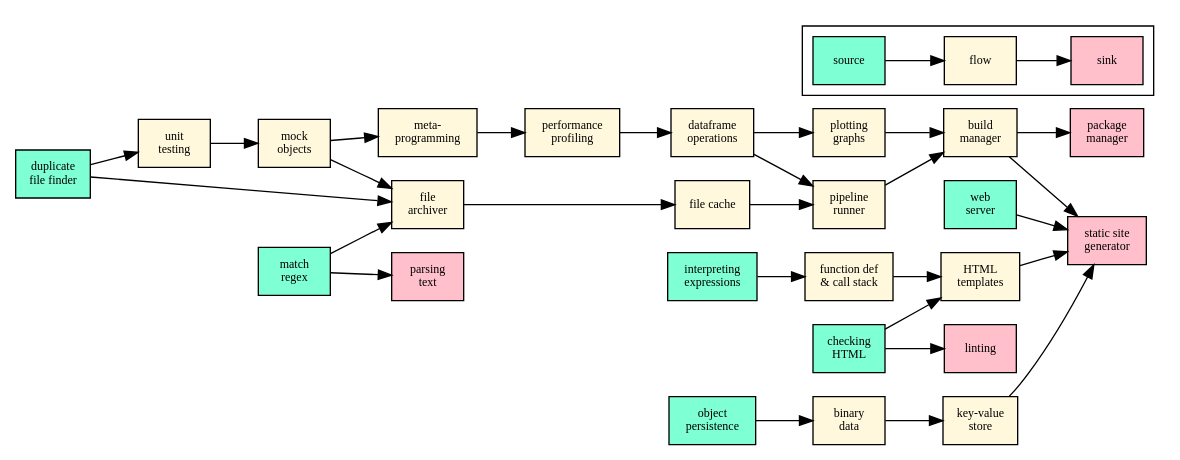
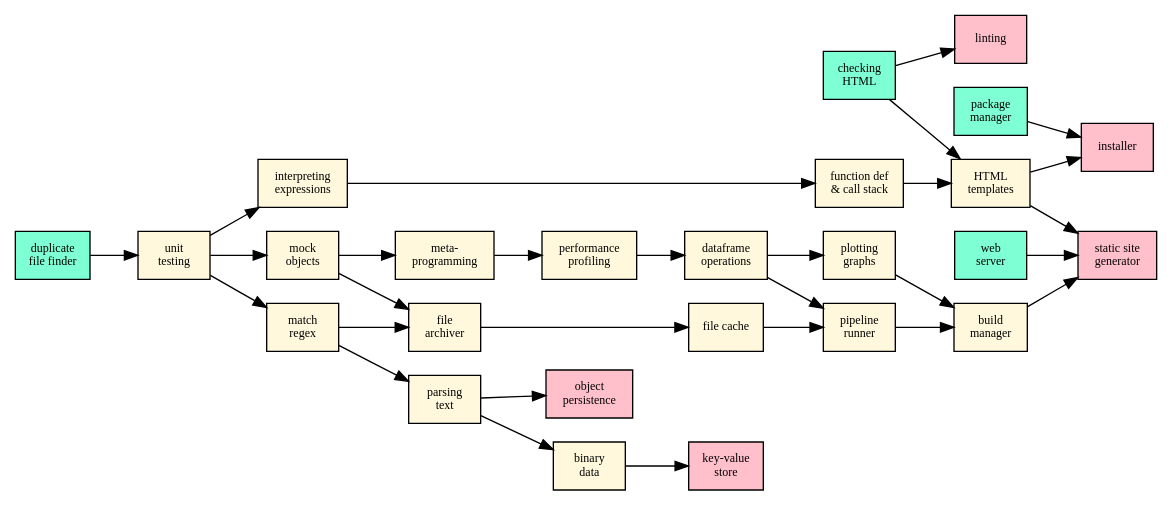
One commit to gvwilson/sdxpy changed the diagram in src/intro/syllabus.dot. Above: the diagram before and after it, drawn with Graphviz. The commit also changed 41 other files, not shown here.

Commit message:
Show how to install a package

```diff
--- a/src/intro/syllabus.dot
+++ b/src/intro/syllabus.dot
@@ -1,58 +1,62 @@
 digraph syllabus {
   node [fontname = Verdana, fontsize = 9, shape = box, style = filled];
   rankdir = RL;
   edge [dir = "back"];
 
-  subgraph syllabus {
-    archive [label = "file\narchiver", fillcolor = cornsilk];
-    binary [label = "binary\ndata", fillcolor = cornsilk];
-    build [label = "build\nmanager", fillcolor = cornsilk];
-    cache [label = "file cache", fillcolor = cornsilk];
-    check [label = "checking\nHTML", fillcolor = aquamarine];
-    db [label = "key-value\nstore", fillcolor = cornsilk];
-    df [label = "dataframe\noperations", fillcolor = cornsilk];
-    dup [label = "duplicate\nfile finder", fillcolor = aquamarine];
-    func [label = "function def\n& call stack", fillcolor = cornsilk];
-    interp [label = "interpreting\nexpressions", fillcolor = aquamarine];
-    lint [label = "linting", fillcolor = pink];
-    meta [label = "meta-\nprogramming", fillcolor = cornsilk];
-    mock [label = "mock\nobjects", fillcolor = cornsilk];
-    pack [label = "package\nmanager", fillcolor = pink];
-    parse [label = "parsing\ntext", fillcolor = pink];
-    perf [label = "performance\nprofiling", fillcolor = cornsilk];
-    persist [label = "object\npersistence", fillcolor = aquamarine];
-    pipe [label = "pipeline\nrunner", fillcolor = cornsilk];
-    plot [label = "plotting\ngraphs", fillcolor = cornsilk];
-    re [label = "match\nregex", fillcolor = aquamarine];
-    server [label = "web\nserver", fillcolor = aquamarine];
-    ssg [label = "static site\ngenerator", fillcolor = pink];
-    template [label = "HTML\ntemplates", fillcolor = cornsilk];
-    test [label = "unit\ntesting", fillcolor = cornsilk];
+  archive [label = "file\narchiver", fillcolor = cornsilk];
+  binary [label = "binary\ndata", fillcolor = cornsilk];
+  build [label = "build\nmanager", fillcolor = cornsilk];
+  cache [label = "file cache", fillcolor = cornsilk];
+  check [label = "checking\nHTML", fillcolor = aquamarine];
+  db [label = "key-value\nstore", fillcolor = pink];
+  df [label = "dataframe\noperations", fillcolor = cornsilk];
+  dup [label = "duplicate\nfile finder", fillcolor = aquamarine];
+  func [label = "function def\n& call stack", fillcolor = cornsilk];
+  install [label = "installer", fillcolor = pink];
+  interp [label = "interpreting\nexpressions", fillcolor = cornsilk];
+  lint [label = "linting", fillcolor = pink];
+  meta [label = "meta-\nprogramming", fillcolor = cornsilk];
+  mock [label = "mock\nobjects", fillcolor = cornsilk];
+  pack [label = "package\nmanager", fillcolor = aquamarine];
+  parse [label = "parsing\ntext", fillcolor = cornsilk];
+  perf [label = "performance\nprofiling", fillcolor = cornsilk];
+  persist [label = "object\npersistence", fillcolor = pink];
+  pipe [label = "pipeline\nrunner", fillcolor = cornsilk];
+  plot [label = "plotting\ngraphs", fillcolor = cornsilk];
+  re [label = "match\nregex", fillcolor = cornsilk];
+  server [label = "web\nserver", fillcolor = aquamarine];
+  ssg [label = "static site\ngenerator", fillcolor = pink];
+  template [label = "HTML\ntemplates", fillcolor = cornsilk];
+  test [label = "unit\ntesting", fillcolor = cornsilk];
 
-    archive -> {dup, mock, re};
-    binary -> {persist};
-    build -> {pipe, plot};
-    cache -> {archive};
-    db -> {binary};
-    df -> {perf};
-    func -> {interp};
-    lint -> {check};
-    meta -> {mock};
-    mock -> {test};
-    pack -> {build};
-    parse -> {re};
-    perf -> {meta};
-    pipe -> {cache, df};
-    plot -> {df};
-    ssg -> {build, db, server, template}
-    template -> {check, func};
-    test -> {dup};
-  }
+  archive -> {mock, re};
+  binary -> {parse};
+  build -> {pipe, plot};
+  cache -> {archive};
+  db -> {binary};
+  df -> {perf};
+  func -> {interp};
+  install -> {template, pack};
+  interp -> {test};
+  lint -> {check};
+  meta -> {mock};
+  mock -> {test};
+  parse -> {re};
+  perf -> {meta};
+  persist -> {parse};
+  pipe -> {cache, df};
+  plot -> {df};
+  re -> {test};
+  ssg -> {build, server, template}
+  template -> {check, func};
+  test -> {dup};
 
+  /*
   subgraph cluster_legend {
     source [label = "source", fillcolor = aquamarine];
     flow [label = "flow", fillcolor = cornsilk];
     sink [label = "sink", fillcolor = pink];
     sink -> flow -> source;
   }
+  */
 }
```
